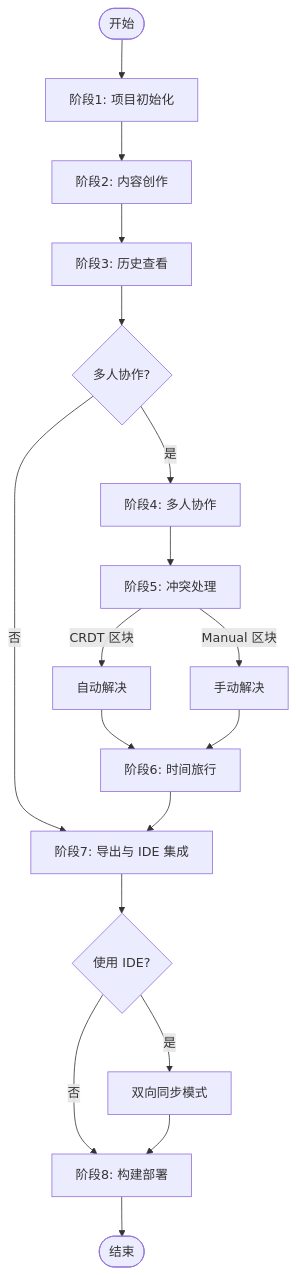
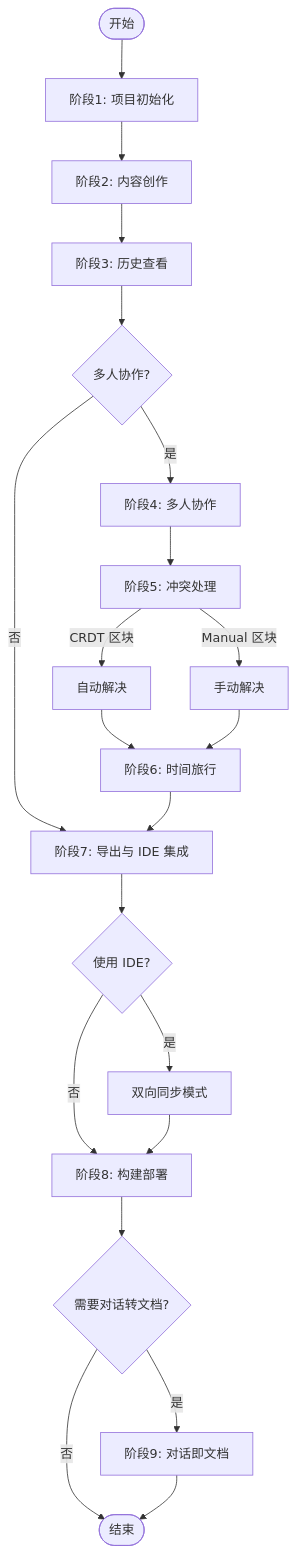
Before and after one commit to allenwoods/elfi: the tenth of 10 diagrams in docs/src/02-quickstart.md, drawn with Mermaid. The commit also changed other lines of this file and 29 other files, not shown here.

````diff
--- a/docs/src/02-quickstart.md
+++ b/docs/src/02-quickstart.md
@@ -886,26 +1040,29 @@
 ```mermaid
 flowchart TD
     Start([开始]) --> Init[阶段1: 项目初始化]
     Init --> CreateContent[阶段2: 内容创作]
     CreateContent --> HistoryCheck[阶段3: 历史查看]
     
     HistoryCheck --> Collaborate{多人协作?}
     Collaborate -->|是| Stage4[阶段4: 多人协作]
     Collaborate -->|否| Export
     
     Stage4 --> ConflictCheck[阶段5: 冲突处理]
     ConflictCheck -->|CRDT 区块| AutoResolve[自动解决]
     ConflictCheck -->|Manual 区块| ManualResolve[手动解决]
     
     AutoResolve --> TimeTravel[阶段6: 时间旅行]
     ManualResolve --> TimeTravel
     TimeTravel --> Export
     
     Export[阶段7: 导出与 IDE 集成] --> IDEMode{使用 IDE?}
     IDEMode -->|是| IDEIntegration[双向同步模式]
     IDEMode -->|否| BuildDeploy[阶段8: 构建部署]
     IDEIntegration --> BuildDeploy
     
-    BuildDeploy --> End([结束])
+    BuildDeploy --> ConversationDoc{需要对话转文档?}
+    ConversationDoc -->|是| Stage9[阶段9: 对话即文档]
+    ConversationDoc -->|否| End([结束])
+    Stage9 --> End
     
 ```
````
